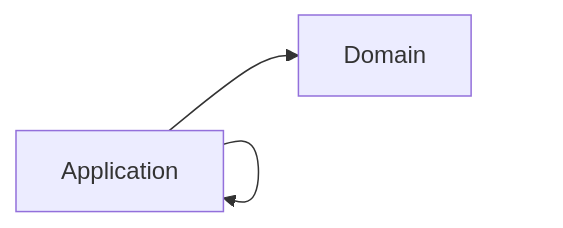
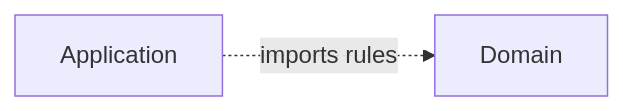
The second of 7 diagrams in onion-architecture/1-the-rings.md (AndresTaoFlorez/software-architecture), drawn with Mermaid before and after one commit. The commit also changed other lines of this file and 21 other files, not shown here.

````diff
--- a/onion-architecture/1-the-rings.md
+++ b/onion-architecture/1-the-rings.md
@@ -154,5 +116,4 @@
 ```mermaid
 flowchart LR
-    A["Application"] --> A
-    A --> D["Domain"]
+    A["Application"] -. "imports rules" .-> D["Domain"]
 ```
````
